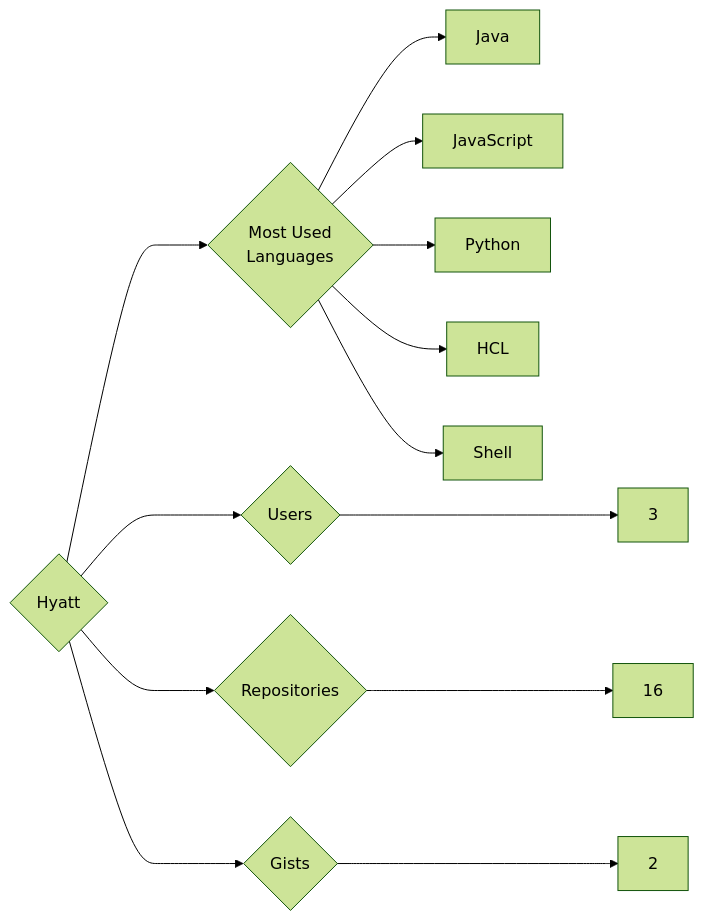
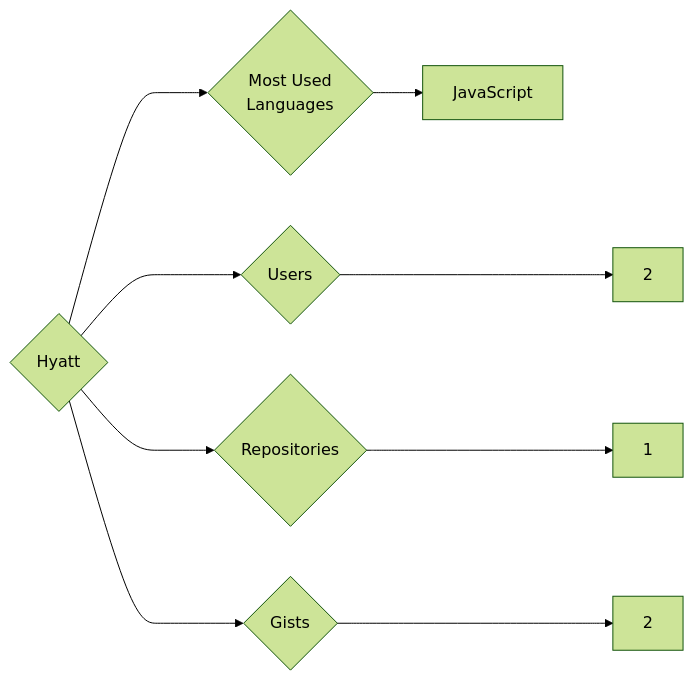
The diagram in targets/Hyatt/README.md (trickest/insiders), drawn with Mermaid (forest theme) before and after one commit. The commit also changed 880 other files, not shown here.

````diff
--- a/targets/Hyatt/README.md
+++ b/targets/Hyatt/README.md
@@ -3,13 +3,9 @@
 ```mermaid
 graph LR
 COMPANY_NAME{Hyatt}
-COMPANY_NAME ---> U{Users} ---> UN[3]
-COMPANY_NAME ---> R{Repositories} ---> RN[16]
+COMPANY_NAME ---> U{Users} ---> UN[2]
+COMPANY_NAME ---> R{Repositories} ---> RN[1]
 COMPANY_NAME ---> G{Gists} ---> GN[2]
 COMPANY_NAME ---> ML{Most Used<br>Languages}
-ML --> Java[Java]
 ML --> JavaScript[JavaScript]
-ML --> Python[Python]
-ML --> HCL[HCL]
-ML --> Shell[Shell]
 ```
````
